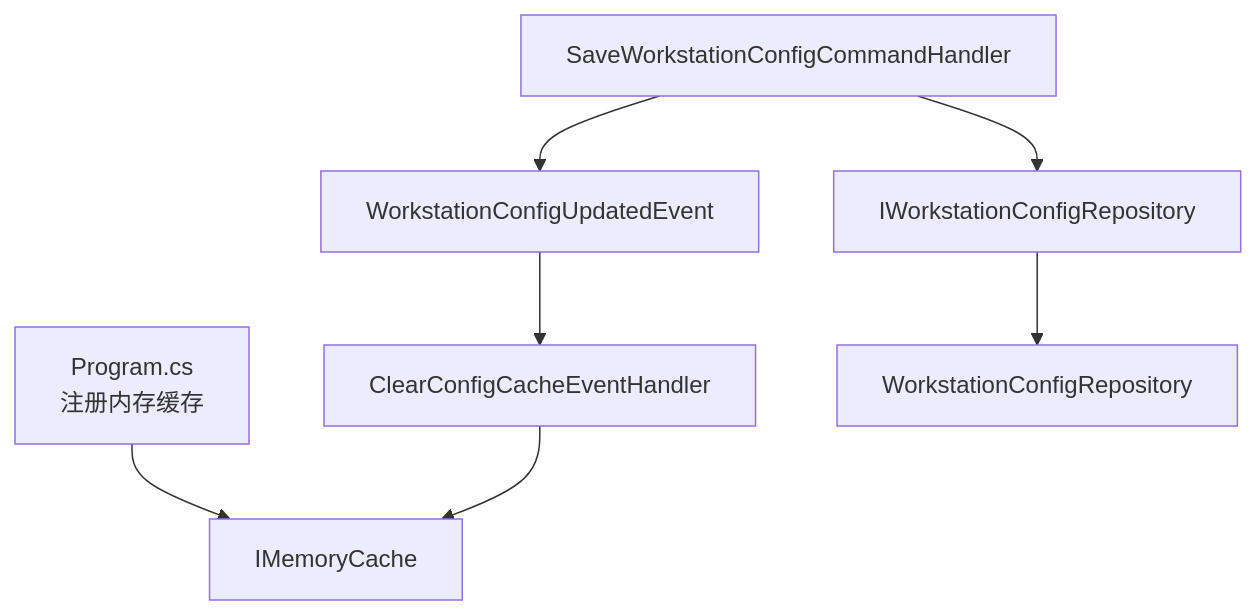
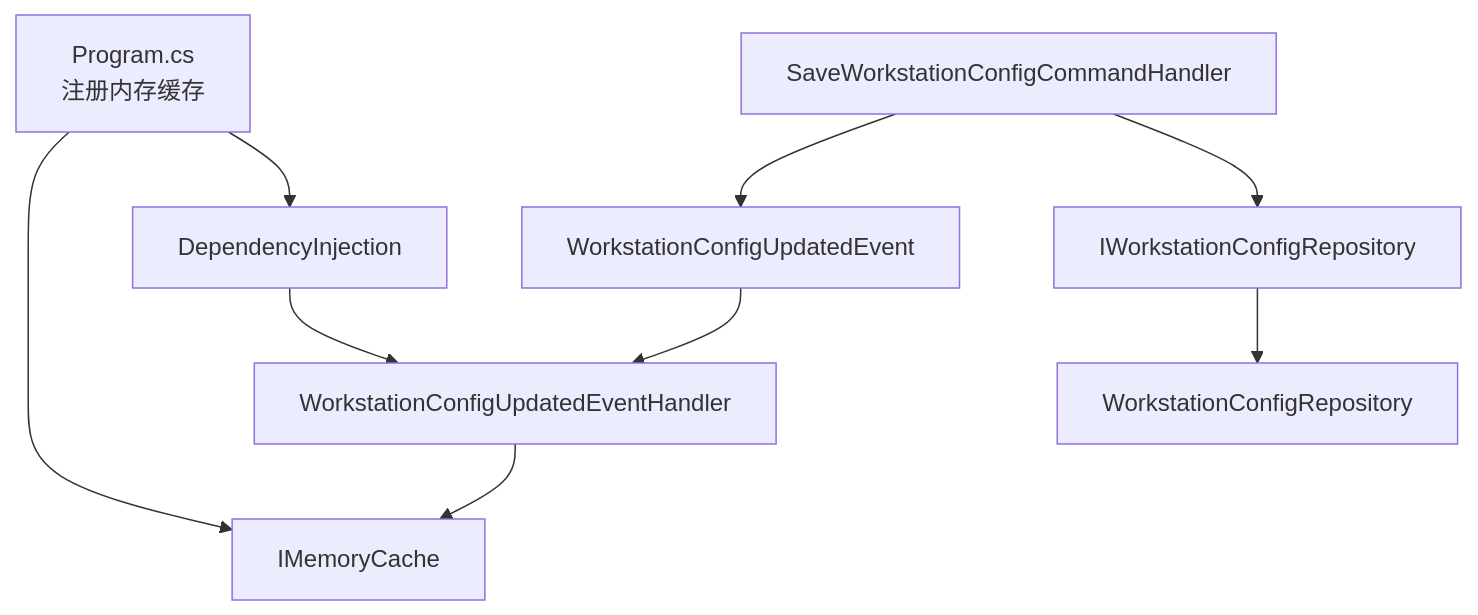
One commit to whitemousetl/IndustrialDataSolution changed the fourth of 4 diagrams in .qoder/repowiki/zh/content/应用服务层/缓存管理.md. Above: the diagram before and after it, drawn with Mermaid. The commit also changed other lines of this file and 18 other files, not shown here.

````diff
--- a/.qoder/repowiki/zh/content/应用服务层/缓存管理.md
+++ b/.qoder/repowiki/zh/content/应用服务层/缓存管理.md
@@ -217,9 +220,11 @@
 ```mermaid
 graph TB
 PRG["Program.cs<br/>注册内存缓存"] --> MC["IMemoryCache"]
 CMD["SaveWorkstationConfigCommandHandler"] --> EVT["WorkstationConfigUpdatedEvent"]
-EVT --> EH["ClearConfigCacheEventHandler"]
+EVT --> EH["WorkstationConfigUpdatedEventHandler"]
 EH --> MC
 CMD --> IR["IWorkstationConfigRepository"]
 IR --> R["WorkstationConfigRepository"]
+PRG --> DI["DependencyInjection"]
+DI --> EH
 ```
````
